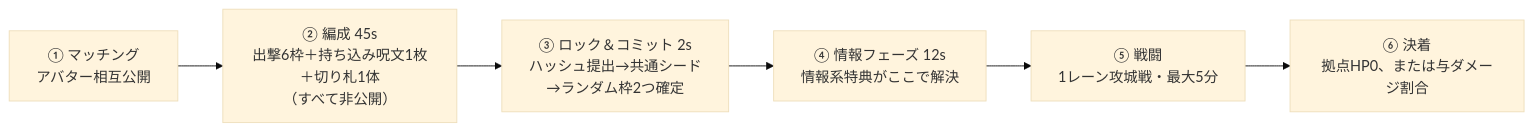
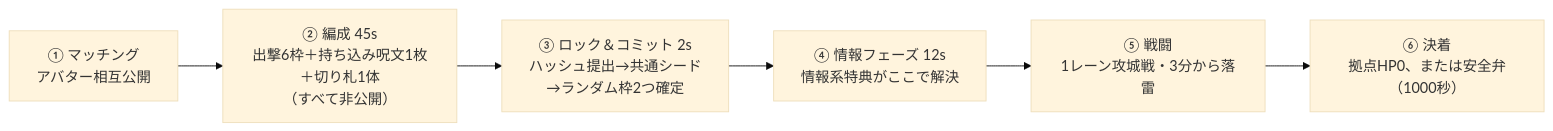
Before and after one commit to shogodayo0210-oss/-: the diagram in README.md, drawn with Mermaid (base theme). The commit also changed other lines of this file and 9 other files, not shown here.

````diff
--- a/README.md
+++ b/README.md
@@ -127,8 +127,8 @@
 ```mermaid
 flowchart LR
   A["① マッチング<br/>アバター相互公開"] --> B["② 編成 45s<br/>出撃6枠＋持ち込み呪文1枚＋切り札1体<br/>（すべて非公開）"]
   B --> C["③ ロック＆コミット 2s<br/>ハッシュ提出→共通シード<br/>→ランダム枠2つ確定"]
   C --> D["④ 情報フェーズ 12s<br/>情報系特典がここで解決"]
-  D --> E["⑤ 戦闘<br/>1レーン攻城戦・最大5分"]
-  E --> F["⑥ 決着<br/>拠点HP0、または与ダメージ割合"]
+  D --> E["⑤ 戦闘<br/>1レーン攻城戦・3分から落雷"]
+  E --> F["⑥ 決着<br/>拠点HP0、または安全弁（1000秒）"]
 ```
````
